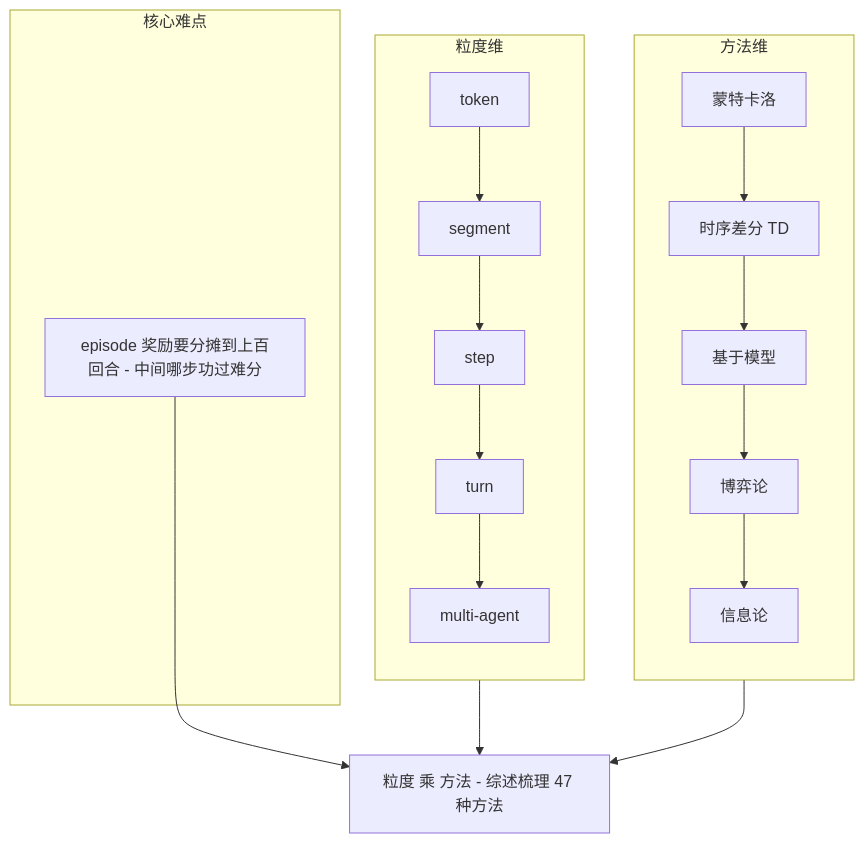
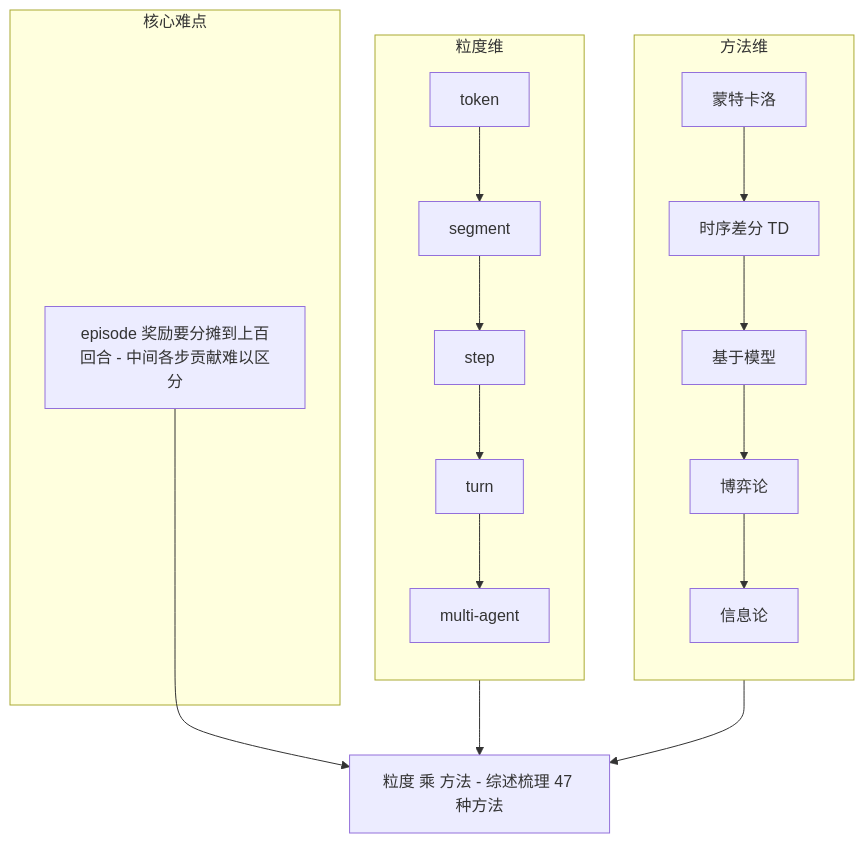
One commit to lloo099/mission44 changed the third of 5 diagrams in docs/blog/dispatch-08-agentic-rl.md. Above: the diagram before and after it, drawn with Mermaid. The commit also changed other lines of this file and 22 other files, not shown here.

````diff
--- a/docs/blog/dispatch-08-agentic-rl.md
+++ b/docs/blog/dispatch-08-agentic-rl.md
@@ -66,17 +66,17 @@
 ```mermaid
 flowchart TB
   subgraph PROB ["核心难点"]
-    HARD["episode 奖励要分摊到上百回合 - 中间哪步功过难分"]
+    HARD["episode 奖励要分摊到上百回合 - 中间各步贡献难以区分"]
   end
   subgraph GRAN ["粒度维"]
     direction TB
     G1["token"] --> G2["segment"] --> G3["step"] --> G4["turn"] --> G5["multi-agent"]
   end
   subgraph METHOD ["方法维"]
     direction TB
     M1["蒙特卡洛"] --> M2["时序差分 TD"] --> M3["基于模型"] --> M4["博弈论"] --> M5["信息论"]
   end
   HARD --> GRID["粒度 乘 方法 - 综述梳理 47 种方法"]
   GRAN --> GRID
   METHOD --> GRID
 ```
````
